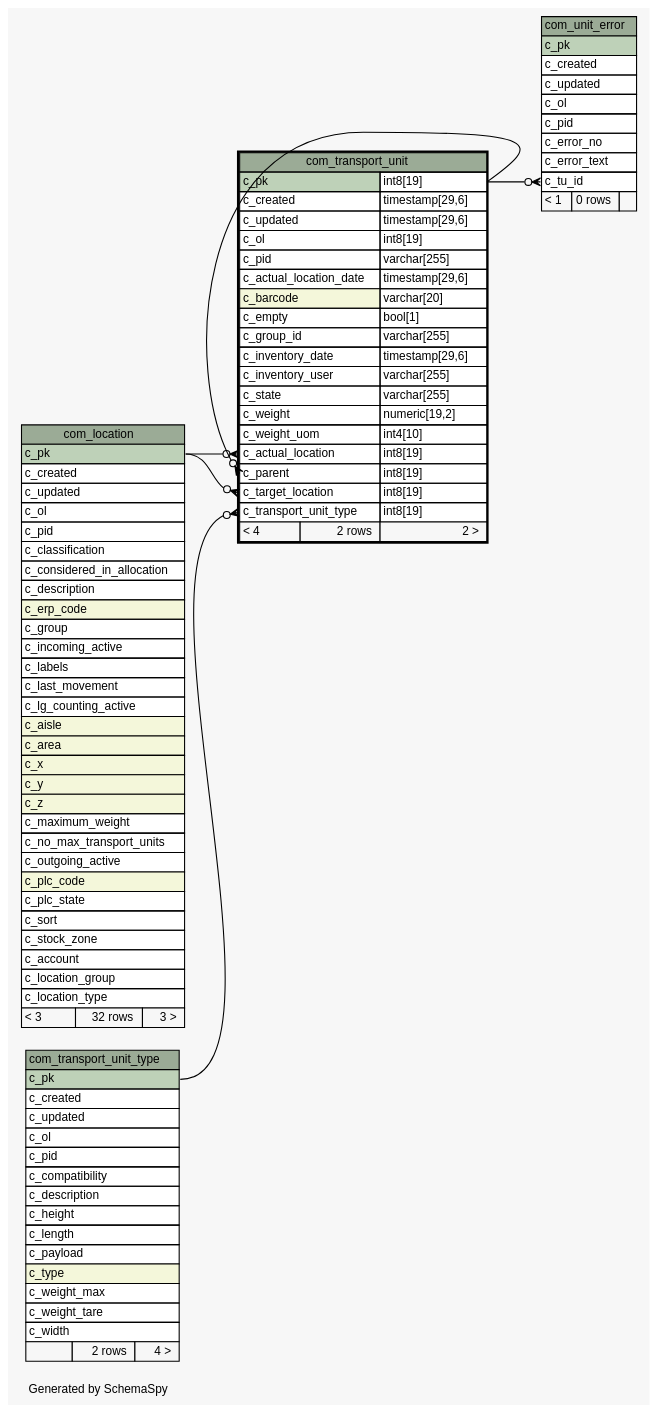
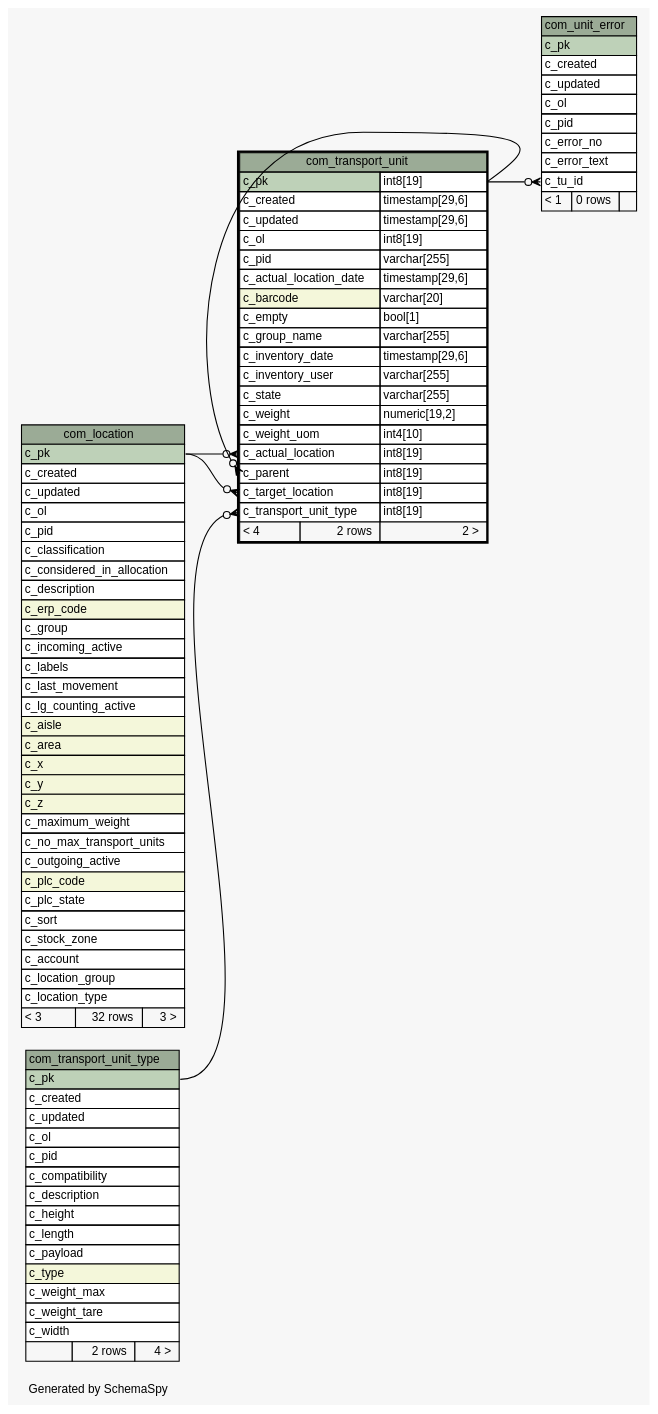
The diagram in 2.0.0-SNAPSHOT/schemaspy/diagrams/com_transport_unit.1degree.dot (openwms/org.openwms.common.service.lib), drawn with Graphviz before and after one commit. The commit also changed 500 other files, not shown here.

```diff
--- a/2.0.0-SNAPSHOT/schemaspy/diagrams/com_transport_unit.1degree.dot
+++ b/2.0.0-SNAPSHOT/schemaspy/diagrams/com_transport_unit.1degree.dot
@@ -1,132 +1,132 @@
 // dot 2.43.0 on Linux 5.11.0-1027-azure
 // SchemaSpy rev Unknown
 digraph "oneDegreeRelationshipsDiagram" {
   graph [
     rankdir="RL"
     bgcolor="#f7f7f7"
     label="\nGenerated by SchemaSpy"
     labeljust="l"
     nodesep="0.18"
     ranksep="0.46"
     fontname="Helvetica"
     fontsize="11"
   ];
   node [
     fontname="Helvetica"
     fontsize="11"
     shape="plaintext"
   ];
   edge [
     arrowsize="0.8"
   ];
   "com_transport_unit":"c_actual_location":w -> "com_location":"c_pk":e [arrowhead=none dir=back arrowtail=crowodot];
   "com_transport_unit":"c_parent":w -> "com_transport_unit":"c_pk.type":e [arrowhead=none dir=back arrowtail=crowodot];
   "com_transport_unit":"c_target_location":w -> "com_location":"c_pk":e [arrowhead=none dir=back arrowtail=crowodot];
   "com_transport_unit":"c_transport_unit_type":w -> "com_transport_unit_type":"c_pk":e [arrowhead=none dir=back arrowtail=crowodot];
   "com_unit_error":"c_tu_id":w -> "com_transport_unit":"c_pk.type":e [arrowhead=none dir=back arrowtail=crowodot];
   "com_location" [
     label=<
     <TABLE BORDER="0" CELLBORDER="1" CELLSPACING="0" BGCOLOR="#ffffff">
       <TR><TD COLSPAN="3" BGCOLOR="#9bab96" ALIGN="CENTER">com_location</TD></TR>
       <TR><TD PORT="c_pk" COLSPAN="3" BGCOLOR="#bed1b8" ALIGN="LEFT">c_pk</TD></TR>
       <TR><TD PORT="c_created" COLSPAN="3" ALIGN="LEFT">c_created</TD></TR>
       <TR><TD PORT="c_updated" COLSPAN="3" ALIGN="LEFT">c_updated</TD></TR>
       <TR><TD PORT="c_ol" COLSPAN="3" ALIGN="LEFT">c_ol</TD></TR>
       <TR><TD PORT="c_pid" COLSPAN="3" ALIGN="LEFT">c_pid</TD></TR>
       <TR><TD PORT="c_classification" COLSPAN="3" ALIGN="LEFT">c_classification</TD></TR>
       <TR><TD PORT="c_considered_in_allocation" COLSPAN="3" ALIGN="LEFT">c_considered_in_allocation</TD></TR>
       <TR><TD PORT="c_description" COLSPAN="3" ALIGN="LEFT">c_description</TD></TR>
       <TR><TD PORT="c_erp_code" COLSPAN="3" BGCOLOR="#f4f7da" ALIGN="LEFT">c_erp_code</TD></TR>
       <TR><TD PORT="c_group" COLSPAN="3" ALIGN="LEFT">c_group</TD></TR>
       <TR><TD PORT="c_incoming_active" COLSPAN="3" ALIGN="LEFT">c_incoming_active</TD></TR>
       <TR><TD PORT="c_labels" COLSPAN="3" ALIGN="LEFT">c_labels</TD></TR>
       <TR><TD PORT="c_last_movement" COLSPAN="3" ALIGN="LEFT">c_last_movement</TD></TR>
       <TR><TD PORT="c_lg_counting_active" COLSPAN="3" ALIGN="LEFT">c_lg_counting_active</TD></TR>
       <TR><TD PORT="c_aisle" COLSPAN="3" BGCOLOR="#f4f7da" ALIGN="LEFT">c_aisle</TD></TR>
       <TR><TD PORT="c_area" COLSPAN="3" BGCOLOR="#f4f7da" ALIGN="LEFT">c_area</TD></TR>
       <TR><TD PORT="c_x" COLSPAN="3" BGCOLOR="#f4f7da" ALIGN="LEFT">c_x</TD></TR>
       <TR><TD PORT="c_y" COLSPAN="3" BGCOLOR="#f4f7da" ALIGN="LEFT">c_y</TD></TR>
       <TR><TD PORT="c_z" COLSPAN="3" BGCOLOR="#f4f7da" ALIGN="LEFT">c_z</TD></TR>
       <TR><TD PORT="c_maximum_weight" COLSPAN="3" ALIGN="LEFT">c_maximum_weight</TD></TR>
       <TR><TD PORT="c_no_max_transport_units" COLSPAN="3" ALIGN="LEFT">c_no_max_transport_units</TD></TR>
       <TR><TD PORT="c_outgoing_active" COLSPAN="3" ALIGN="LEFT">c_outgoing_active</TD></TR>
       <TR><TD PORT="c_plc_code" COLSPAN="3" BGCOLOR="#f4f7da" ALIGN="LEFT">c_plc_code</TD></TR>
       <TR><TD PORT="c_plc_state" COLSPAN="3" ALIGN="LEFT">c_plc_state</TD></TR>
       <TR><TD PORT="c_sort" COLSPAN="3" ALIGN="LEFT">c_sort</TD></TR>
       <TR><TD PORT="c_stock_zone" COLSPAN="3" ALIGN="LEFT">c_stock_zone</TD></TR>
       <TR><TD PORT="c_account" COLSPAN="3" ALIGN="LEFT">c_account</TD></TR>
       <TR><TD PORT="c_location_group" COLSPAN="3" ALIGN="LEFT">c_location_group</TD></TR>
       <TR><TD PORT="c_location_type" COLSPAN="3" ALIGN="LEFT">c_location_type</TD></TR>
       <TR><TD ALIGN="LEFT" BGCOLOR="#f7f7f7">&lt; 3</TD><TD ALIGN="RIGHT" BGCOLOR="#f7f7f7">32 rows</TD><TD ALIGN="RIGHT" BGCOLOR="#f7f7f7">3 &gt;</TD></TR>
     </TABLE>>
     URL="com_location.html"
     tooltip="com_location"
   ];
   "com_transport_unit" [
     label=<
     <TABLE BORDER="2" CELLBORDER="1" CELLSPACING="0" BGCOLOR="#ffffff">
       <TR><TD COLSPAN="3" BGCOLOR="#9bab96" ALIGN="CENTER">com_transport_unit</TD></TR>
       <TR><TD PORT="c_pk" COLSPAN="2" BGCOLOR="#bed1b8" ALIGN="LEFT">c_pk</TD><TD PORT="c_pk.type" ALIGN="LEFT">int8[19]</TD></TR>
       <TR><TD PORT="c_created" COLSPAN="2" ALIGN="LEFT">c_created</TD><TD PORT="c_created.type" ALIGN="LEFT">timestamp[29,6]</TD></TR>
       <TR><TD PORT="c_updated" COLSPAN="2" ALIGN="LEFT">c_updated</TD><TD PORT="c_updated.type" ALIGN="LEFT">timestamp[29,6]</TD></TR>
       <TR><TD PORT="c_ol" COLSPAN="2" ALIGN="LEFT">c_ol</TD><TD PORT="c_ol.type" ALIGN="LEFT">int8[19]</TD></TR>
       <TR><TD PORT="c_pid" COLSPAN="2" ALIGN="LEFT">c_pid</TD><TD PORT="c_pid.type" ALIGN="LEFT">varchar[255]</TD></TR>
       <TR><TD PORT="c_actual_location_date" COLSPAN="2" ALIGN="LEFT">c_actual_location_date</TD><TD PORT="c_actual_location_date.type" ALIGN="LEFT">timestamp[29,6]</TD></TR>
       <TR><TD PORT="c_barcode" COLSPAN="2" BGCOLOR="#f4f7da" ALIGN="LEFT">c_barcode</TD><TD PORT="c_barcode.type" ALIGN="LEFT">varchar[20]</TD></TR>
       <TR><TD PORT="c_empty" COLSPAN="2" ALIGN="LEFT">c_empty</TD><TD PORT="c_empty.type" ALIGN="LEFT">bool[1]</TD></TR>
-      <TR><TD PORT="c_group_id" COLSPAN="2" ALIGN="LEFT">c_group_id</TD><TD PORT="c_group_id.type" ALIGN="LEFT">varchar[255]</TD></TR>
+      <TR><TD PORT="c_group_name" COLSPAN="2" ALIGN="LEFT">c_group_name</TD><TD PORT="c_group_name.type" ALIGN="LEFT">varchar[255]</TD></TR>
       <TR><TD PORT="c_inventory_date" COLSPAN="2" ALIGN="LEFT">c_inventory_date</TD><TD PORT="c_inventory_date.type" ALIGN="LEFT">timestamp[29,6]</TD></TR>
       <TR><TD PORT="c_inventory_user" COLSPAN="2" ALIGN="LEFT">c_inventory_user</TD><TD PORT="c_inventory_user.type" ALIGN="LEFT">varchar[255]</TD></TR>
       <TR><TD PORT="c_state" COLSPAN="2" ALIGN="LEFT">c_state</TD><TD PORT="c_state.type" ALIGN="LEFT">varchar[255]</TD></TR>
       <TR><TD PORT="c_weight" COLSPAN="2" ALIGN="LEFT">c_weight</TD><TD PORT="c_weight.type" ALIGN="LEFT">numeric[19,2]</TD></TR>
       <TR><TD PORT="c_weight_uom" COLSPAN="2" ALIGN="LEFT">c_weight_uom</TD><TD PORT="c_weight_uom.type" ALIGN="LEFT">int4[10]</TD></TR>
       <TR><TD PORT="c_actual_location" COLSPAN="2" ALIGN="LEFT">c_actual_location</TD><TD PORT="c_actual_location.type" ALIGN="LEFT">int8[19]</TD></TR>
       <TR><TD PORT="c_parent" COLSPAN="2" ALIGN="LEFT">c_parent</TD><TD PORT="c_parent.type" ALIGN="LEFT">int8[19]</TD></TR>
       <TR><TD PORT="c_target_location" COLSPAN="2" ALIGN="LEFT">c_target_location</TD><TD PORT="c_target_location.type" ALIGN="LEFT">int8[19]</TD></TR>
       <TR><TD PORT="c_transport_unit_type" COLSPAN="2" ALIGN="LEFT">c_transport_unit_type</TD><TD PORT="c_transport_unit_type.type" ALIGN="LEFT">int8[19]</TD></TR>
       <TR><TD ALIGN="LEFT" BGCOLOR="#f7f7f7">&lt; 4</TD><TD ALIGN="RIGHT" BGCOLOR="#f7f7f7">2 rows</TD><TD ALIGN="RIGHT" BGCOLOR="#f7f7f7">2 &gt;</TD></TR>
     </TABLE>>
     URL="com_transport_unit.html"
     tooltip="com_transport_unit"
   ];
   "com_transport_unit_type" [
     label=<
     <TABLE BORDER="0" CELLBORDER="1" CELLSPACING="0" BGCOLOR="#ffffff">
       <TR><TD COLSPAN="3" BGCOLOR="#9bab96" ALIGN="CENTER">com_transport_unit_type</TD></TR>
       <TR><TD PORT="c_pk" COLSPAN="3" BGCOLOR="#bed1b8" ALIGN="LEFT">c_pk</TD></TR>
       <TR><TD PORT="c_created" COLSPAN="3" ALIGN="LEFT">c_created</TD></TR>
       <TR><TD PORT="c_updated" COLSPAN="3" ALIGN="LEFT">c_updated</TD></TR>
       <TR><TD PORT="c_ol" COLSPAN="3" ALIGN="LEFT">c_ol</TD></TR>
       <TR><TD PORT="c_pid" COLSPAN="3" ALIGN="LEFT">c_pid</TD></TR>
       <TR><TD PORT="c_compatibility" COLSPAN="3" ALIGN="LEFT">c_compatibility</TD></TR>
       <TR><TD PORT="c_description" COLSPAN="3" ALIGN="LEFT">c_description</TD></TR>
       <TR><TD PORT="c_height" COLSPAN="3" ALIGN="LEFT">c_height</TD></TR>
       <TR><TD PORT="c_length" COLSPAN="3" ALIGN="LEFT">c_length</TD></TR>
       <TR><TD PORT="c_payload" COLSPAN="3" ALIGN="LEFT">c_payload</TD></TR>
       <TR><TD PORT="c_type" COLSPAN="3" BGCOLOR="#f4f7da" ALIGN="LEFT">c_type</TD></TR>
       <TR><TD PORT="c_weight_max" COLSPAN="3" ALIGN="LEFT">c_weight_max</TD></TR>
       <TR><TD PORT="c_weight_tare" COLSPAN="3" ALIGN="LEFT">c_weight_tare</TD></TR>
       <TR><TD PORT="c_width" COLSPAN="3" ALIGN="LEFT">c_width</TD></TR>
       <TR><TD ALIGN="LEFT" BGCOLOR="#f7f7f7">  </TD><TD ALIGN="RIGHT" BGCOLOR="#f7f7f7">2 rows</TD><TD ALIGN="RIGHT" BGCOLOR="#f7f7f7">4 &gt;</TD></TR>
     </TABLE>>
     URL="com_transport_unit_type.html"
     tooltip="com_transport_unit_type"
   ];
   "com_unit_error" [
     label=<
     <TABLE BORDER="0" CELLBORDER="1" CELLSPACING="0" BGCOLOR="#ffffff">
       <TR><TD COLSPAN="3" BGCOLOR="#9bab96" ALIGN="CENTER">com_unit_error</TD></TR>
       <TR><TD PORT="c_pk" COLSPAN="3" BGCOLOR="#bed1b8" ALIGN="LEFT">c_pk</TD></TR>
       <TR><TD PORT="c_created" COLSPAN="3" ALIGN="LEFT">c_created</TD></TR>
       <TR><TD PORT="c_updated" COLSPAN="3" ALIGN="LEFT">c_updated</TD></TR>
       <TR><TD PORT="c_ol" COLSPAN="3" ALIGN="LEFT">c_ol</TD></TR>
       <TR><TD PORT="c_pid" COLSPAN="3" ALIGN="LEFT">c_pid</TD></TR>
       <TR><TD PORT="c_error_no" COLSPAN="3" ALIGN="LEFT">c_error_no</TD></TR>
       <TR><TD PORT="c_error_text" COLSPAN="3" ALIGN="LEFT">c_error_text</TD></TR>
       <TR><TD PORT="c_tu_id" COLSPAN="3" ALIGN="LEFT">c_tu_id</TD></TR>
       <TR><TD ALIGN="LEFT" BGCOLOR="#f7f7f7">&lt; 1</TD><TD ALIGN="RIGHT" BGCOLOR="#f7f7f7">0 rows</TD><TD ALIGN="RIGHT" BGCOLOR="#f7f7f7">  </TD></TR>
     </TABLE>>
     URL="com_unit_error.html"
     tooltip="com_unit_error"
   ];
 }
```
